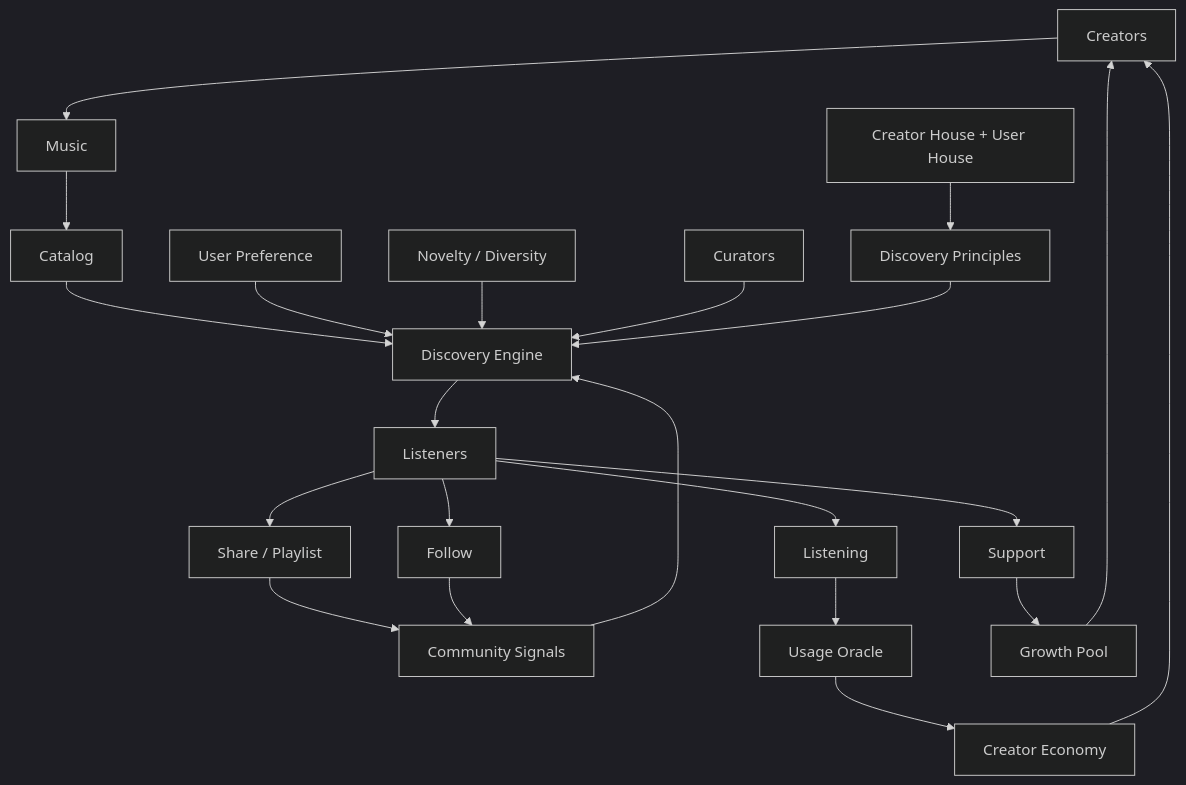
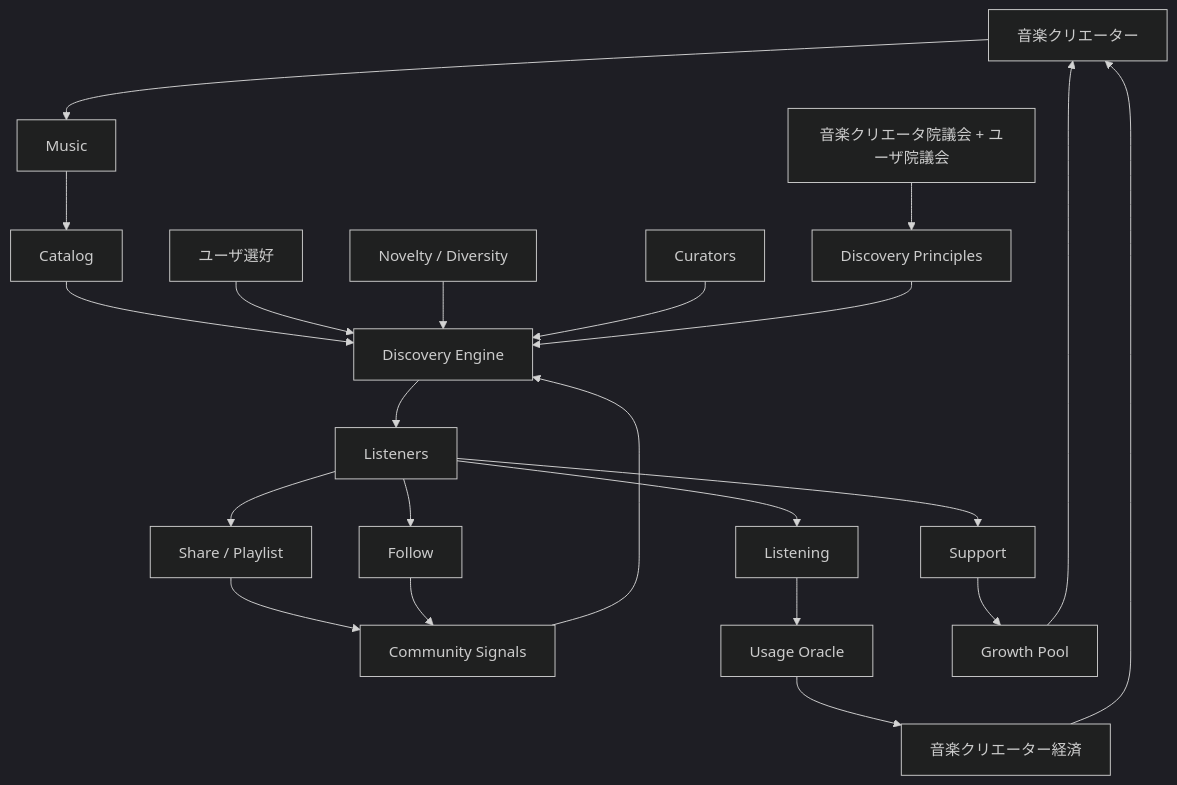
Before and after one commit to ShigeichiroYamasaki/creator-first-platform: diagram 34 of 35 in docs/whitepaper/08-discovery-community.md, drawn with Mermaid (dark theme). The commit also changed other lines of this file and 67 other files, not shown here.

````diff
--- a/docs/whitepaper/08-discovery-community.md
+++ b/docs/whitepaper/08-discovery-community.md
@@ -1150,34 +1150,34 @@
 ```mermaid
 flowchart TD
-    CREATOR[Creators]
+    CREATOR[音楽クリエーター]
     TRACK[Music]
     CATALOG[Catalog]
 
     CREATOR --> TRACK --> CATALOG
 
     CATALOG --> DISC[Discovery Engine]
 
-    PREF[User Preference] --> DISC
+    PREF[ユーザ選好] --> DISC
     COMMUNITY[Community Signals] --> DISC
     NOVEL[Novelty / Diversity] --> DISC
     CURATOR[Curators] --> DISC
 
     DISC --> USER[Listeners]
 
     USER --> LISTEN[Listening]
     USER --> FOLLOW[Follow]
     USER --> SUPPORT[Support]
     USER --> SHARE[Share / Playlist]
 
     LISTEN --> ORACLE[Usage Oracle]
     SUPPORT --> GROWTH[Growth Pool]
     SHARE --> COMMUNITY
     FOLLOW --> COMMUNITY
 
     GROWTH --> CREATOR
-    ORACLE --> ECON[Creator Economy]
+    ORACLE --> ECON[音楽クリエーター経済]
     ECON --> CREATOR
 
-    GOV[Creator House + User House] --> RULES[Discovery Principles]
+    GOV[音楽クリエータ院議会 + ユーザ院議会] --> RULES[Discovery Principles]
     RULES --> DISC
 ```
````
